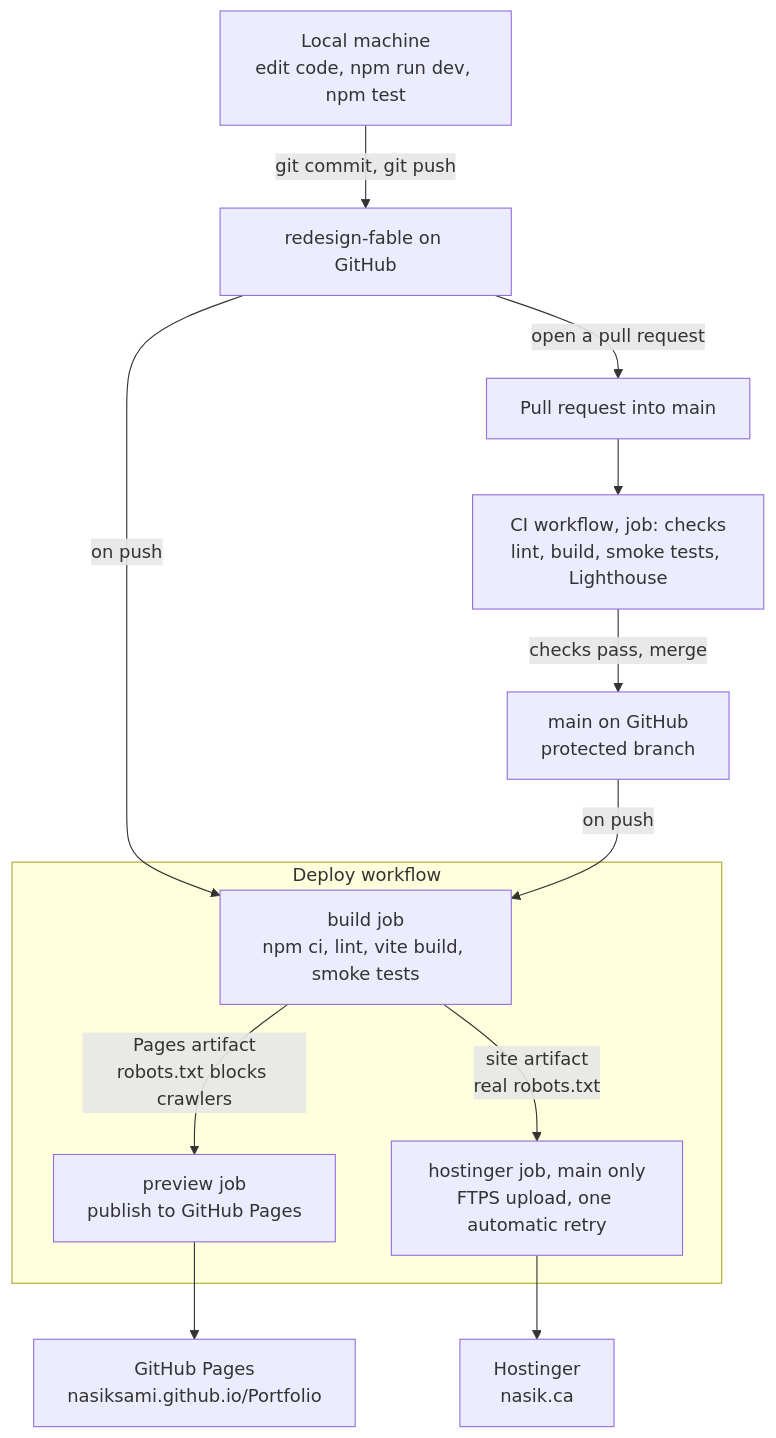
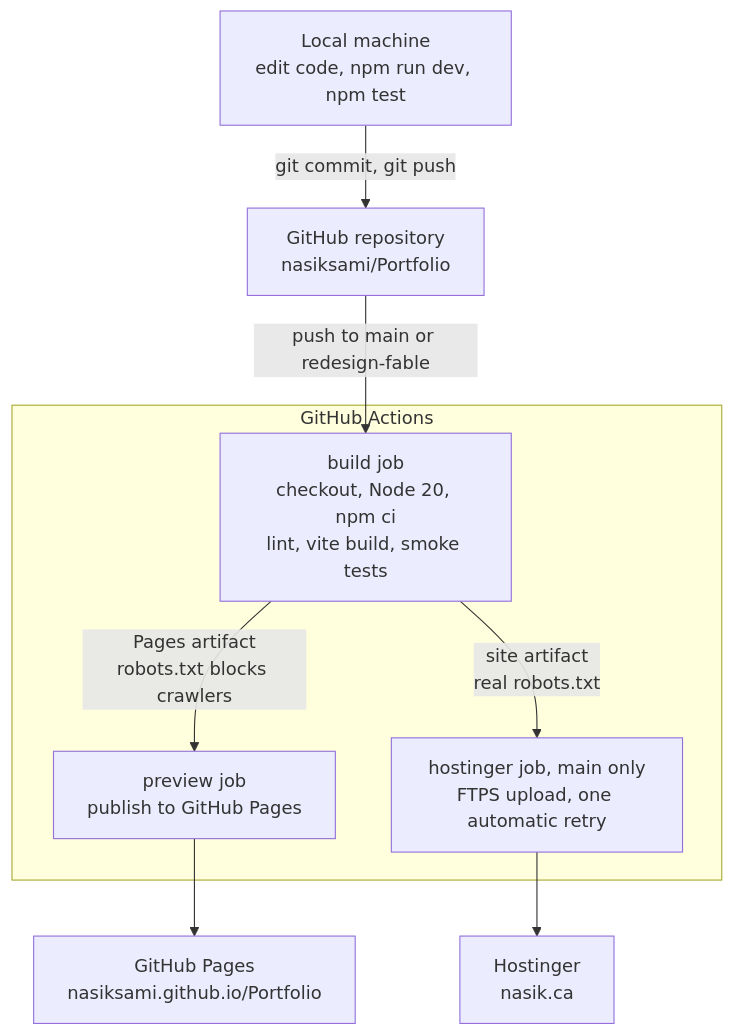
Before and after one commit to nasiksami/Portfolio: the second of 3 diagrams in README.md, drawn with Mermaid. The commit also changed other lines of this file and 3 other files, not shown here.

````diff
--- a/README.md
+++ b/README.md
@@ -87,27 +86,19 @@
 ```mermaid
 flowchart TD
     dev["Local machine<br/>edit code, npm run dev, npm test"]
-    branch["redesign-fable on GitHub"]
-    pr["Pull request into main"]
-    ci["CI workflow, job: checks<br/>lint, build, smoke tests, Lighthouse"]
-    main["main on GitHub<br/>protected branch"]
+    repo["GitHub repository<br/>nasiksami/Portfolio"]
 
-    dev -->|"git commit, git push"| branch
-    branch -->|"open a pull request"| pr
-    pr --> ci
-    ci -->|"checks pass, merge"| main
+    dev -->|"git commit, git push"| repo
+    repo -->|"push to main or redesign-fable"| build
 
-    subgraph actions["Deploy workflow"]
-        build["build job<br/>npm ci, lint, vite build, smoke tests"]
+    subgraph actions["GitHub Actions"]
+        build["build job<br/>checkout, Node 20, npm ci<br/>lint, vite build, smoke tests"]
         preview["preview job<br/>publish to GitHub Pages"]
         hostinger["hostinger job, main only<br/>FTPS upload, one automatic retry"]
         build -->|"Pages artifact<br/>robots.txt blocks crawlers"| preview
         build -->|"site artifact<br/>real robots.txt"| hostinger
     end
 
-    branch -->|"on push"| build
-    main -->|"on push"| build
-
     preview --> pages["GitHub Pages<br/>nasiksami.github.io/Portfolio"]
     hostinger --> live["Hostinger<br/>nasik.ca"]
 ```
````
